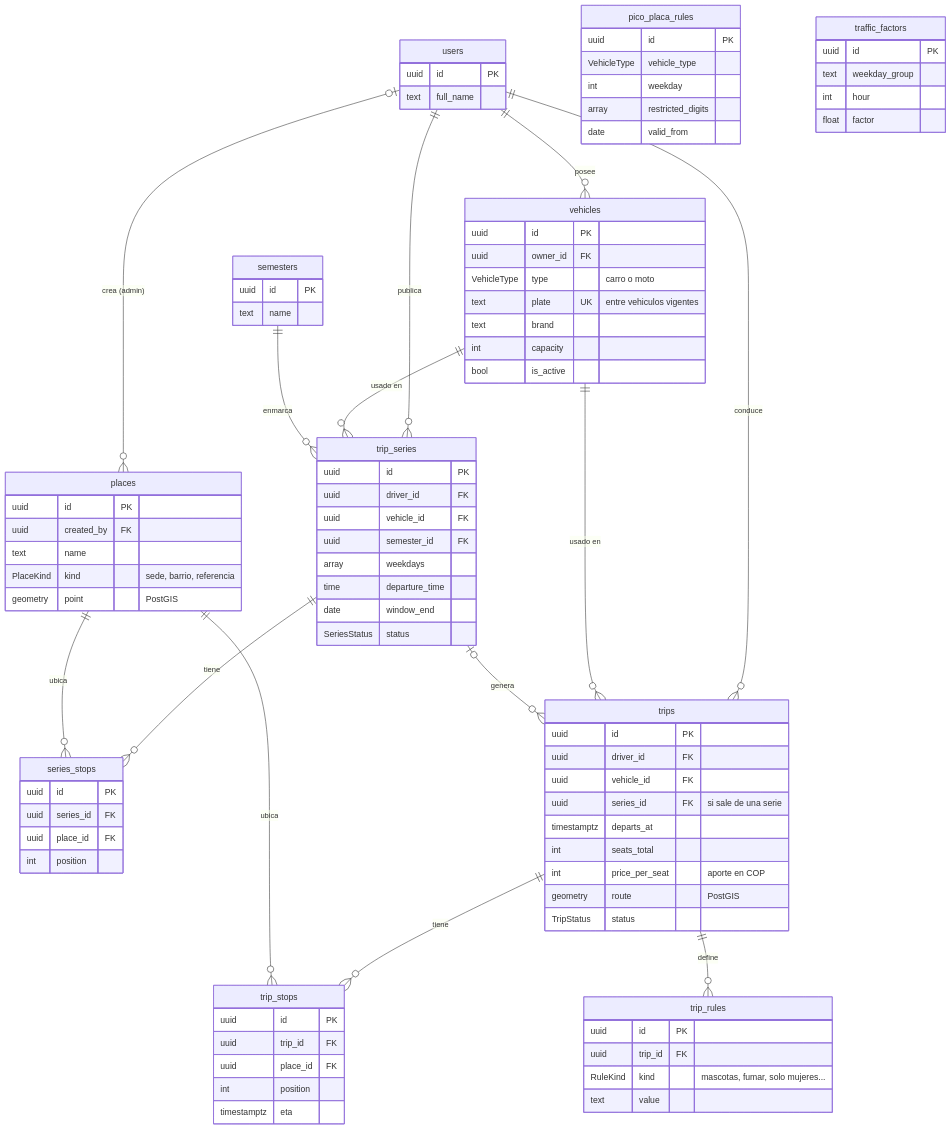
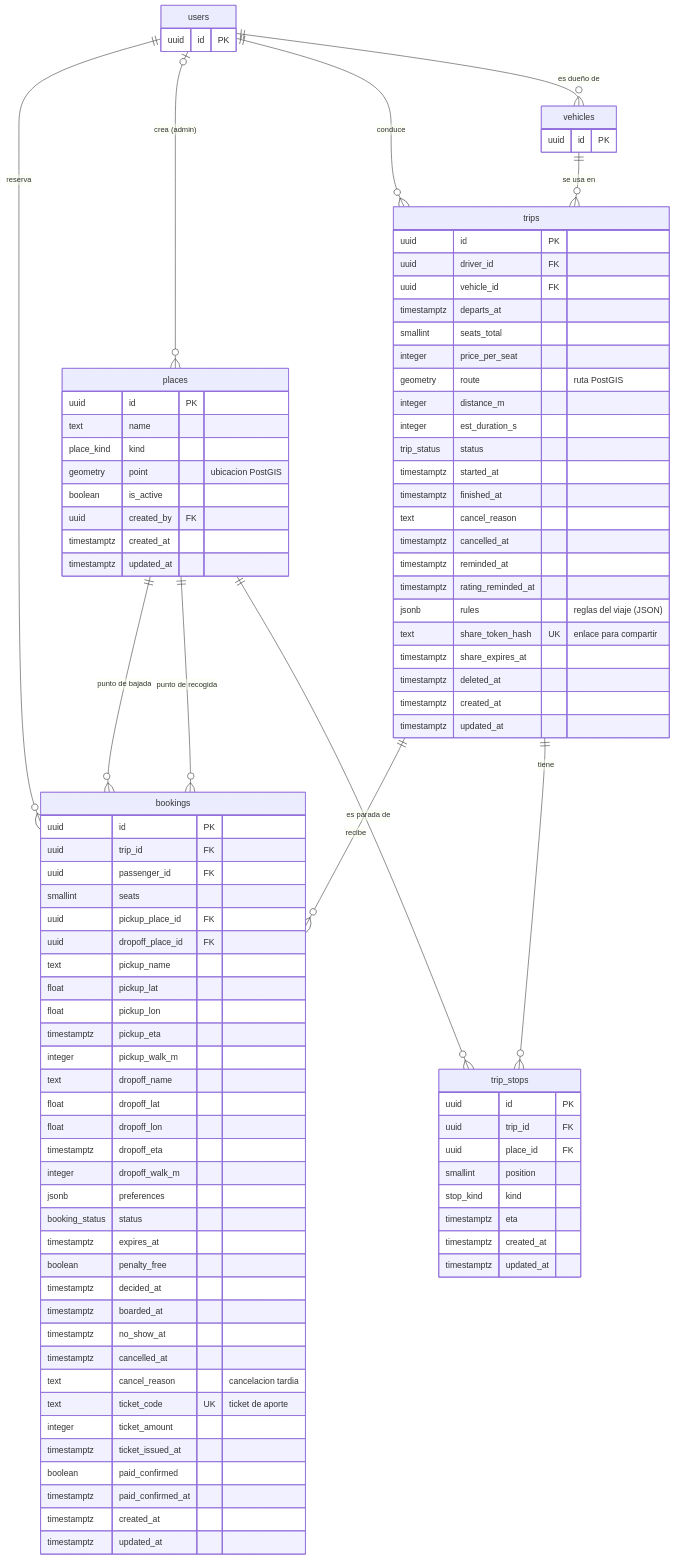
Before and after one commit to Daniel-Pinzon-Up/carpool-up: the fourth of 5 diagrams in docs/DIAGRAMA_ER.md, drawn with Mermaid. The commit also changed other lines of this file and 10 other files, not shown here.

Commit message:
docs: regenerate the ER diagram for the 18-table schema

````diff
--- a/docs/DIAGRAMA_ER.md
+++ b/docs/DIAGRAMA_ER.md
@@ -532,93 +449,97 @@
 ```mermaid
 erDiagram
-  users {
-    uuid id PK
-    text full_name
-  }
-  semesters {
+  places {
     uuid id PK
     text name
-  }
-  vehicles {
-    uuid id PK
-    uuid owner_id FK
-    VehicleType type "carro o moto"
-    text plate UK "entre vehiculos vigentes"
-    text brand
-    int capacity
-    bool is_active
-  }
-  places {
-    uuid id PK
+    place_kind kind
+    geometry point "ubicacion PostGIS"
+    boolean is_active
     uuid created_by FK
-    text name
-    PlaceKind kind "sede, barrio, referencia"
-    geometry point "PostGIS"
-  }
-  trip_series {
-    uuid id PK
-    uuid driver_id FK
-    uuid vehicle_id FK
-    uuid semester_id FK
-    array weekdays
-    time departure_time
-    date window_end
-    SeriesStatus status
-  }
-  series_stops {
-    uuid id PK
-    uuid series_id FK
-    uuid place_id FK
-    int position
+    timestamptz created_at
+    timestamptz updated_at
   }
   trips {
     uuid id PK
     uuid driver_id FK
     uuid vehicle_id FK
-    uuid series_id FK "si sale de una serie"
     timestamptz departs_at
-    int seats_total
-    int price_per_seat "aporte en COP"
-    geometry route "PostGIS"
-    TripStatus status
+    smallint seats_total
+    integer price_per_seat
+    geometry route "ruta PostGIS"
+    integer distance_m
+    integer est_duration_s
+    trip_status status
+    timestamptz started_at
+    timestamptz finished_at
+    text cancel_reason
+    timestamptz cancelled_at
+    timestamptz reminded_at
+    timestamptz rating_reminded_at
+    jsonb rules "reglas del viaje (JSON)"
+    text share_token_hash UK "enlace para compartir"
+    timestamptz share_expires_at
+    timestamptz deleted_at
+    timestamptz created_at
+    timestamptz updated_at
   }
   trip_stops {
     uuid id PK
     uuid trip_id FK
     uuid place_id FK
-    int position
+    smallint position
+    stop_kind kind
     timestamptz eta
+    timestamptz created_at
+    timestamptz updated_at
   }
-  trip_rules {
+  bookings {
     uuid id PK
     uuid trip_id FK
-    RuleKind kind "mascotas, fumar, solo mujeres..."
-    text value
+    uuid passenger_id FK
+    smallint seats
+    uuid pickup_place_id FK
+    uuid dropoff_place_id FK
+    text pickup_name
+    float pickup_lat
+    float pickup_lon
+    timestamptz pickup_eta
+    integer pickup_walk_m
+    text dropoff_name
+    float dropoff_lat
+    float dropoff_lon
+    timestamptz dropoff_eta
+    integer dropoff_walk_m
+    jsonb preferences
+    booking_status status
+    timestamptz expires_at
+    boolean penalty_free
+    timestamptz decided_at
+    timestamptz boarded_at
+    timestamptz no_show_at
+    timestamptz cancelled_at
+    text cancel_reason "cancelacion tardia"
+    text ticket_code UK "ticket de aporte"
+    integer ticket_amount
+    timestamptz ticket_issued_at
+    boolean paid_confirmed
+    timestamptz paid_confirmed_at
+    timestamptz created_at
+    timestamptz updated_at
   }
-  pico_placa_rules {
+  users {
     uuid id PK
-    VehicleType vehicle_type
-    int weekday
-    array restricted_digits
-    date valid_from
   }
-  traffic_factors {
+  vehicles {
     uuid id PK
-    text weekday_group
-    int hour
-    float factor
   }
-  users ||--o{ vehicles : "posee"
+  places ||--o{ bookings : "punto de bajada"
+  users ||--o{ bookings : "reserva"
+  places ||--o{ bookings : "punto de recogida"
+  trips ||--o{ bookings : "recibe"
   users |o--o{ places : "crea (admin)"
-  users ||--o{ trip_series : "publica"
-  vehicles ||--o{ trip_series : "usado en"
-  semesters ||--o{ trip_series : "enmarca"
-  trip_series ||--o{ series_stops : "tiene"
-  places ||--o{ series_stops : "ubica"
+  places ||--o{ trip_stops : "es parada de"
+  trips ||--o{ trip_stops : "tiene"
   users ||--o{ trips : "conduce"
-  vehicles ||--o{ trips : "usado en"
-  trip_series |o--o{ trips : "genera"
-  trips ||--o{ trip_stops : "tiene"
-  places ||--o{ trip_stops : "ubica"
-  trips ||--o{ trip_rules : "define"
+  vehicles ||--o{ trips : "se usa en"
+  users ||--o{ vehicles : "es dueño de"
 ```
````
